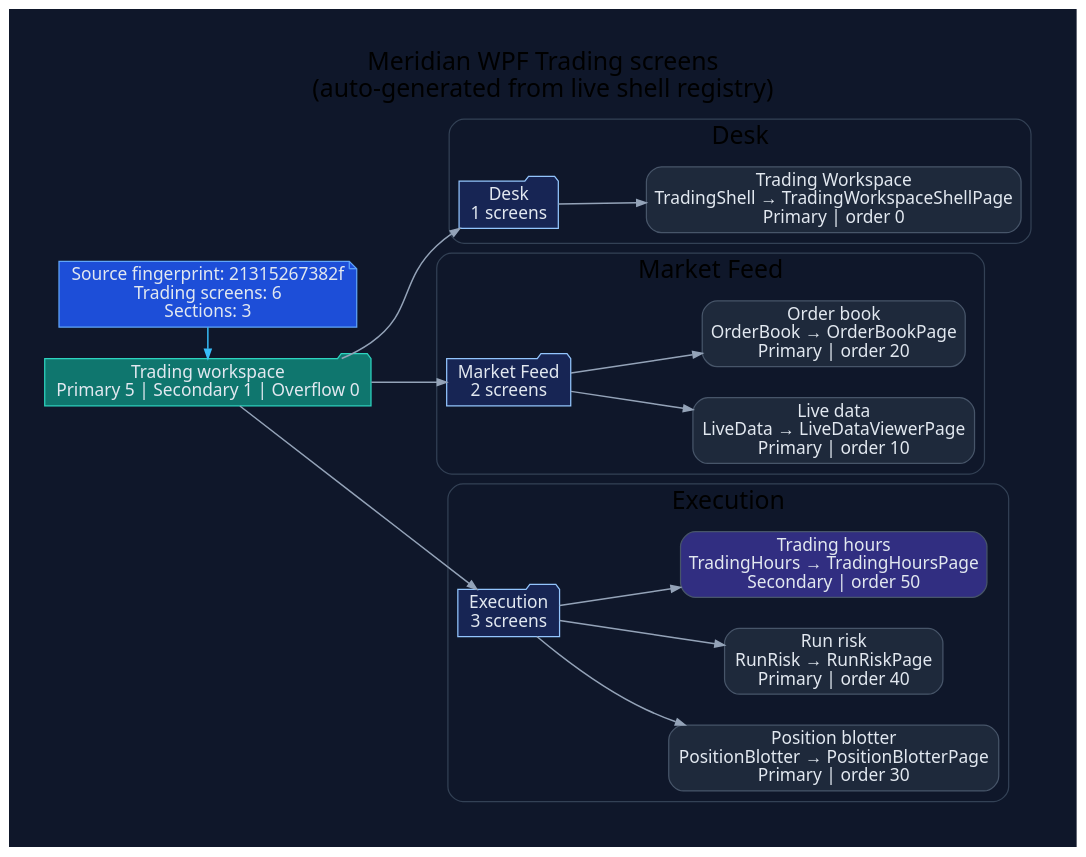
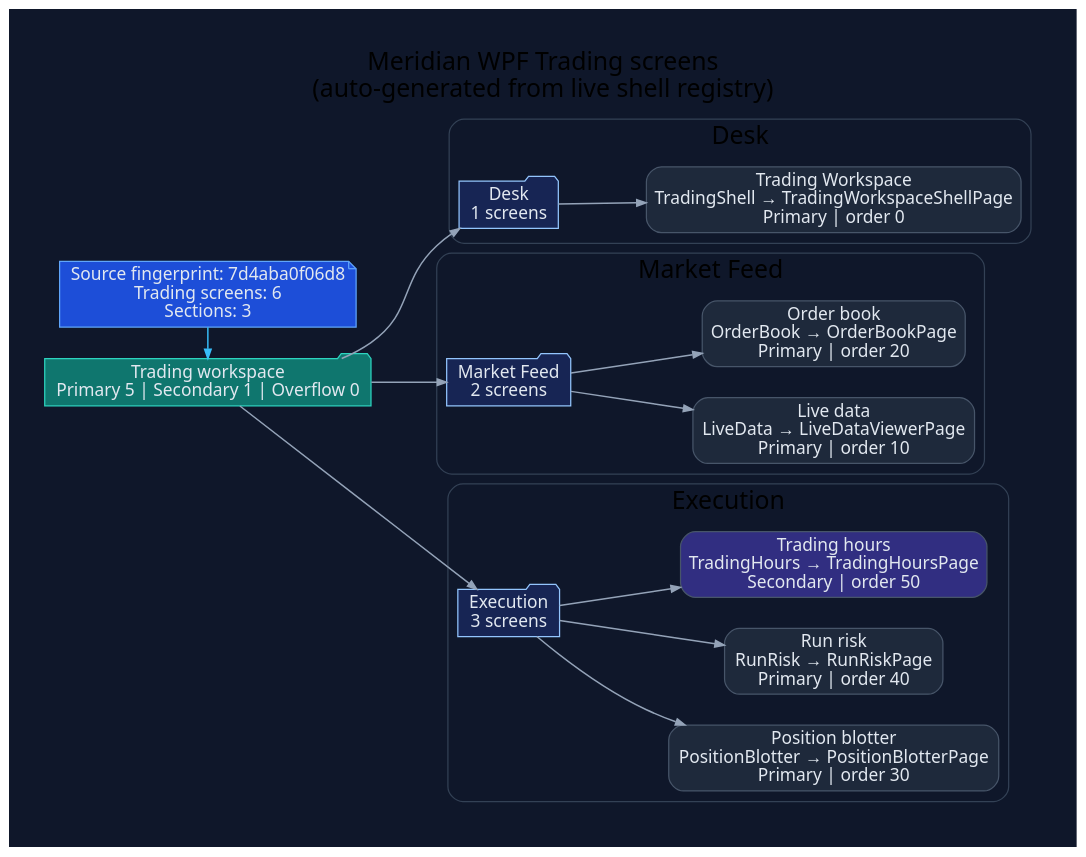
One commit to rodoHasArrived/Meridian-main changed the diagram in docs/diagrams/ui/ui-wpf-screens-trading.dot. Above: the diagram before and after it, drawn with Graphviz. The commit also changed 51 other files, not shown here.

```diff
--- a/docs/diagrams/ui/ui-wpf-screens-trading.dot
+++ b/docs/diagrams/ui/ui-wpf-screens-trading.dot
@@ -1,62 +1,62 @@
 // -----------------------------------------------------------------------------
 // <auto-generated>
 // Generated by scripts/generate-diagrams.mjs.
 // Do not edit this file directly; update the WPF source files instead.
 // -----------------------------------------------------------------------------
 digraph WpfTradingScreens {
   graph [
     rankdir=LR,
     labelloc=t,
     label="Meridian WPF Trading screens\n(auto-generated from live shell registry)",
     fontname="Segoe UI",
     fontsize=20,
     pad=0.4,
     nodesep=0.35,
     ranksep=0.85,
     bgcolor="#0f172a"
   ];
   node [fontname="Segoe UI", shape=box, style="rounded,filled", color="#475569", fontcolor="#e2e8f0", fillcolor="#1e293b"];
   edge [fontname="Segoe UI", color="#94a3b8", penwidth=1.2, arrowsize=0.75];
 
-  generated [shape=note, fillcolor="#1d4ed8", color="#60a5fa", label="Source fingerprint: 21315267382f\nTrading screens: 6\nSections: 3"];
+  generated [shape=note, fillcolor="#1d4ed8", color="#60a5fa", label="Source fingerprint: 7d4aba0f06d8\nTrading screens: 6\nSections: 3"];
   workspace [shape=folder, fillcolor="#0f766e", color="#2dd4bf", label="Trading workspace\nPrimary 5 | Secondary 1 | Overflow 0"];
   generated -> workspace [color="#38bdf8"];
 
   subgraph cluster_section_1 {
     label="Desk";
     color="#334155";
     style="rounded";
     section_1 [shape=folder, fillcolor="#172554", color="#93c5fd", label="Desk\n1 screens"];
     workspace -> section_1;
     screen_TradingShell [fillcolor="#1e293b", label="Trading Workspace\nTradingShell → TradingWorkspaceShellPage\nPrimary | order 0"];
     section_1 -> screen_TradingShell;
   }
 
   subgraph cluster_section_2 {
     label="Market Feed";
     color="#334155";
     style="rounded";
     section_2 [shape=folder, fillcolor="#172554", color="#93c5fd", label="Market Feed\n2 screens"];
     workspace -> section_2;
     screen_LiveData [fillcolor="#1e293b", label="Live data\nLiveData → LiveDataViewerPage\nPrimary | order 10"];
     section_2 -> screen_LiveData;
     screen_OrderBook [fillcolor="#1e293b", label="Order book\nOrderBook → OrderBookPage\nPrimary | order 20"];
     section_2 -> screen_OrderBook;
   }
 
   subgraph cluster_section_3 {
     label="Execution";
     color="#334155";
     style="rounded";
     section_3 [shape=folder, fillcolor="#172554", color="#93c5fd", label="Execution\n3 screens"];
     workspace -> section_3;
     screen_PositionBlotter [fillcolor="#1e293b", label="Position blotter\nPositionBlotter → PositionBlotterPage\nPrimary | order 30"];
     section_3 -> screen_PositionBlotter;
     screen_RunRisk [fillcolor="#1e293b", label="Run risk\nRunRisk → RunRiskPage\nPrimary | order 40"];
     section_3 -> screen_RunRisk;
     screen_TradingHours [fillcolor="#312e81", label="Trading hours\nTradingHours → TradingHoursPage\nSecondary | order 50"];
     section_3 -> screen_TradingHours;
   }
 
   { rank=min; generated; workspace; }
 }
```
